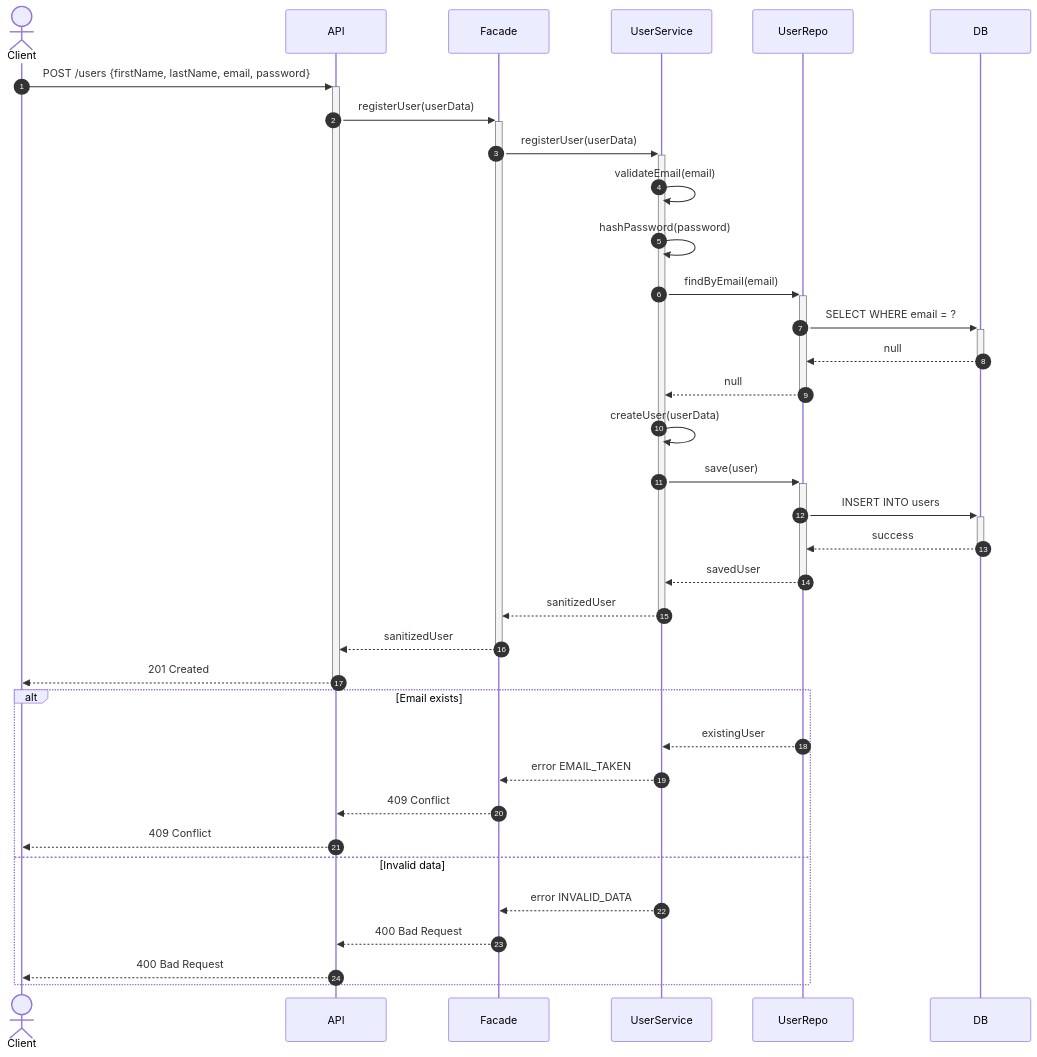
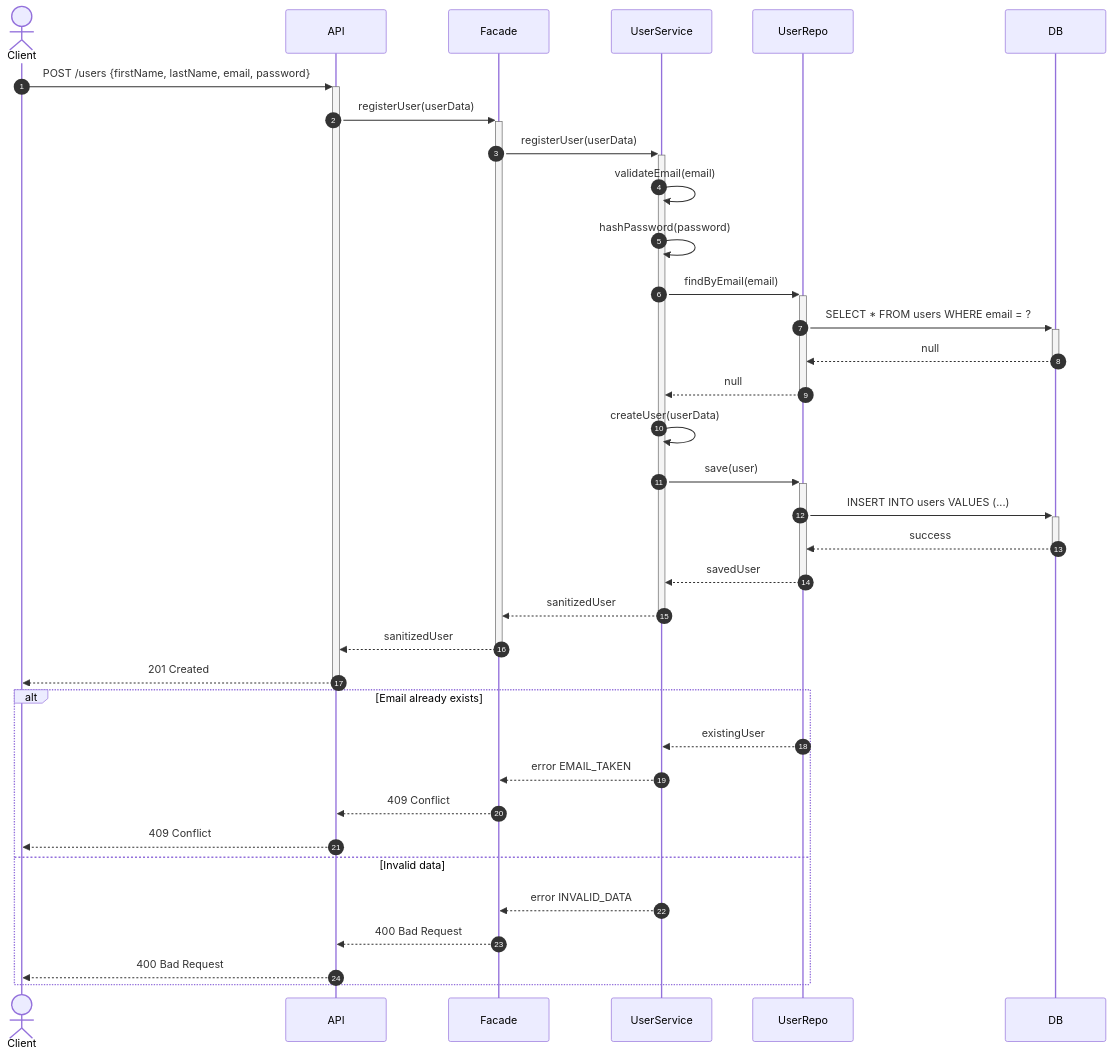
Before and after one commit to Lagui117/holbertonschool-hbnb: the first of 4 diagrams in part1/2-sequences.md, drawn with Mermaid. The commit also changed other lines of this file, not shown here.

Commit message:
2-sequences.md

````diff
--- a/part1/2-sequences.md
+++ b/part1/2-sequences.md
@@ -20,43 +14,45 @@
 ```mermaid
 sequenceDiagram
     autonumber
     actor Client
     participant API
     participant Facade
     participant UserService
     participant UserRepo
     participant DB
 
+    %% ==== FLUX PRINCIPAL / MAIN FLOW ====
     Client->>+API: POST /users {firstName, lastName, email, password}
     API->>+Facade: registerUser(userData)
     Facade->>+UserService: registerUser(userData)
     
     UserService->>UserService: validateEmail(email)
     UserService->>UserService: hashPassword(password)
     
     UserService->>+UserRepo: findByEmail(email)
-    UserRepo->>+DB: SELECT WHERE email = ?
+    UserRepo->>+DB: SELECT * FROM users WHERE email = ?
     DB-->>-UserRepo: null
     UserRepo-->>-UserService: null
     
     UserService->>UserService: createUser(userData)
     UserService->>+UserRepo: save(user)
-    UserRepo->>+DB: INSERT INTO users
+    UserRepo->>+DB: INSERT INTO users VALUES (...)
     DB-->>-UserRepo: success
     UserRepo-->>-UserService: savedUser
     
     UserService-->>-Facade: sanitizedUser
     Facade-->>-API: sanitizedUser
     API-->>-Client: 201 Created
 
-    alt Email exists
+    %% ==== ALTERNATIVE FLOWS ====
+    alt Email already exists
         UserRepo-->>UserService: existingUser
         UserService-->>Facade: error EMAIL_TAKEN
         Facade-->>API: 409 Conflict
         API-->>Client: 409 Conflict
     else Invalid data
         UserService-->>Facade: error INVALID_DATA
         Facade-->>API: 400 Bad Request
         API-->>Client: 400 Bad Request
     end
 ```
````
